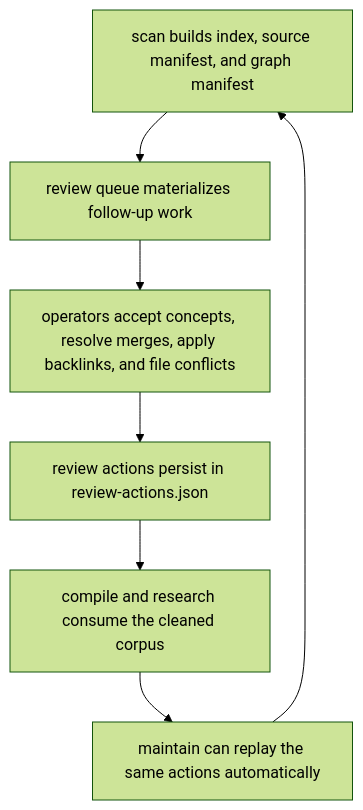
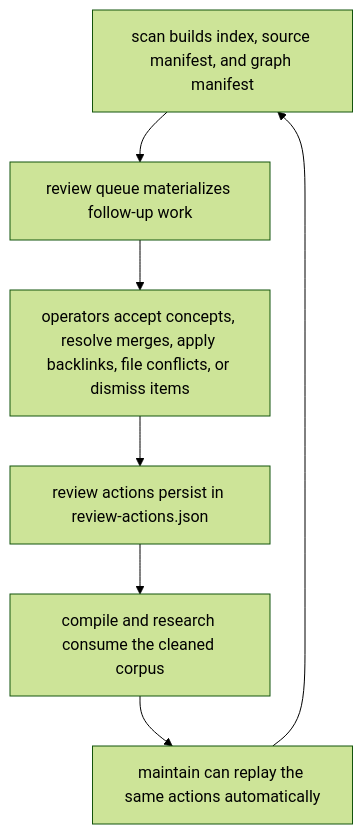
One commit to shrijacked/Cognisync changed the diagram in README.md. Above: the diagram before and after it, drawn with Mermaid (forest theme). The commit also changed other lines of this file and 2 other files, not shown here.

````diff
--- a/README.md
+++ b/README.md
@@ -185,9 +187,9 @@
 ```mermaid
 flowchart TD
     A["scan builds index, source manifest, and graph manifest"] --> B["review queue materializes follow-up work"]
-    B --> C["operators accept concepts, resolve merges, apply backlinks, and file conflicts"]
+    B --> C["operators accept concepts, resolve merges, apply backlinks, file conflicts, or dismiss items"]
     C --> D["review actions persist in review-actions.json"]
     D --> E["compile and research consume the cleaned corpus"]
     E --> F["maintain can replay the same actions automatically"]
     F --> A
 ```
````
